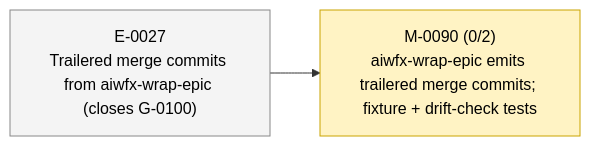
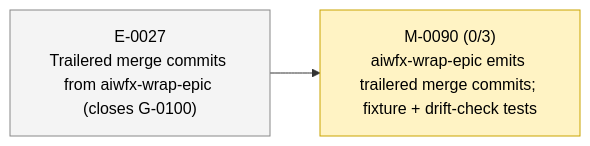
The second of 2 diagrams in STATUS.md (23min/aiwf), drawn with Mermaid before and after one commit. The commit also changed other lines of this file and 1 other file, not shown here.

First line of the commit message:
aiwf add ac M-0090/AC-3 "Drift-check test compares the fixture vs. local marketplace cache."

````diff
--- a/STATUS.md
+++ b/STATUS.md
@@ -51,12 +51,12 @@
 ```mermaid
 flowchart LR
   E_0027["E-0027<br/>Trailered merge commits from aiwfx-wrap-epic (closes G-0100)"]:::epic_proposed
-  M_0090["M-0090 (0/2)<br/>aiwfx-wrap-epic emits trailered merge commits; fixture + drift-check tests"]:::ms_in_progress
+  M_0090["M-0090 (0/3)<br/>aiwfx-wrap-epic emits trailered merge commits; fixture + drift-check tests"]:::ms_in_progress
   E_0027 --> M_0090
   classDef epic_active fill:#d6eaff,stroke:#1a73e8,color:#000
   classDef epic_proposed fill:#f4f4f4,stroke:#888,color:#000
   classDef ms_done fill:#d8f5d8,stroke:#2a8a2a,color:#000
   classDef ms_in_progress fill:#fff3c4,stroke:#caa400,color:#000
   classDef ms_draft fill:#f4f4f4,stroke:#888,color:#000
   classDef ms_cancelled fill:#fbeaea,stroke:#c33,color:#000
 ```
````
